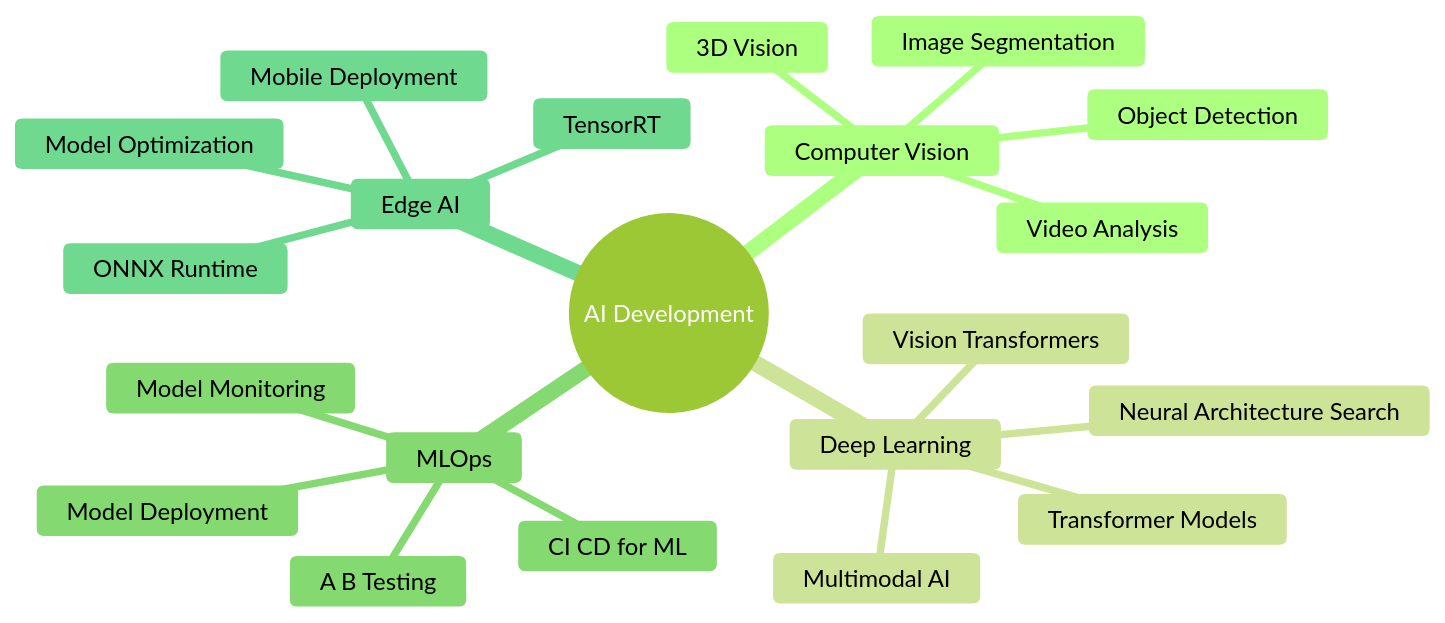
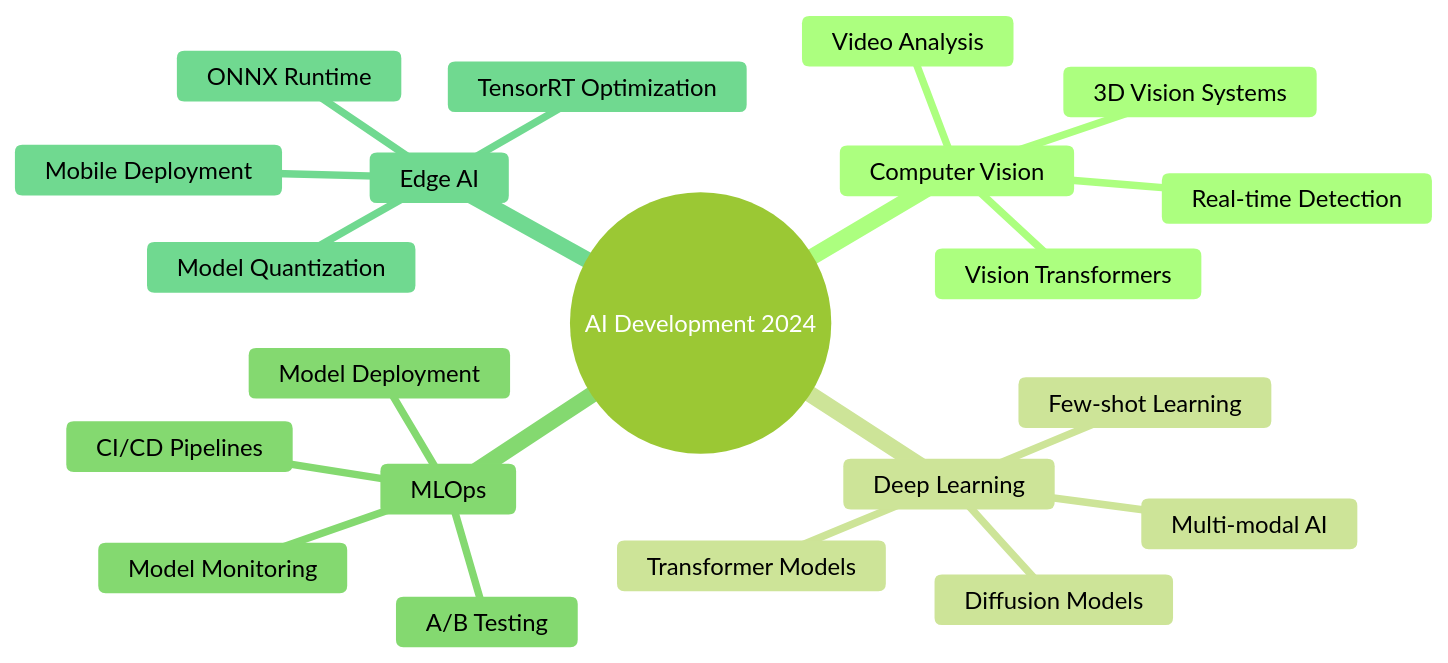
The diagram in README.md (GunaTeja777/GunaTeja777), drawn with Mermaid (forest theme) before and after one commit. The commit also changed other lines of this file, not shown here.

````diff
--- a/README.md
+++ b/README.md
@@ -306,24 +194,24 @@
 ```mermaid
 mindmap
-  root((AI Development))
+  root((AI Development 2024))
     Computer Vision
-      Object Detection
-      Image Segmentation
+      Vision Transformers
+      3D Vision Systems
       Video Analysis
-      3D Vision
+      Real-time Detection
     Deep Learning
       Transformer Models
-      Vision Transformers
-      Multimodal AI
-      Neural Architecture Search
+      Diffusion Models
+      Multi-modal AI
+      Few-shot Learning
     MLOps
       Model Deployment
-      CI CD for ML
+      CI/CD Pipelines
       Model Monitoring
-      A B Testing
+      A/B Testing
     Edge AI
-      Model Optimization
-      TensorRT
+      TensorRT Optimization
       Mobile Deployment
       ONNX Runtime
+      Model Quantization
 ```
````
